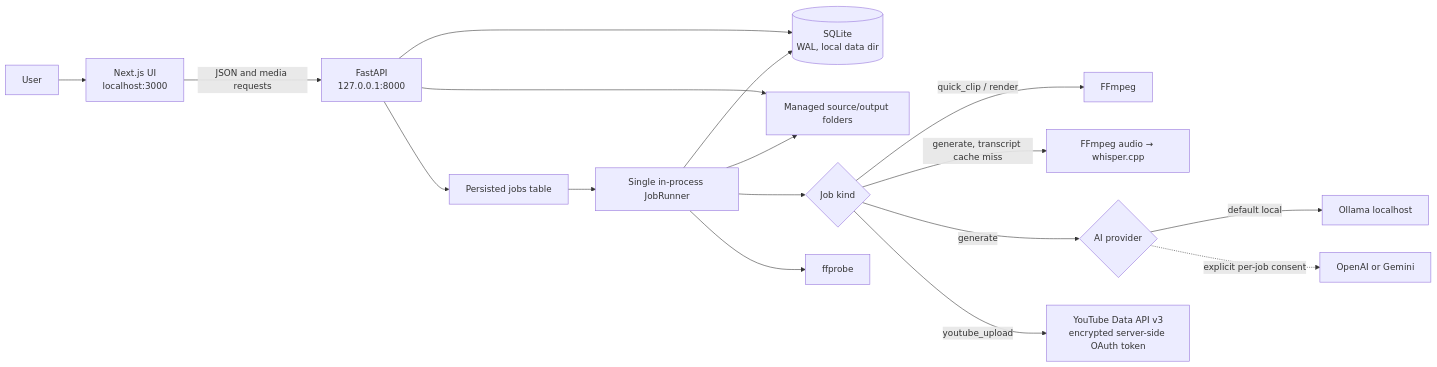
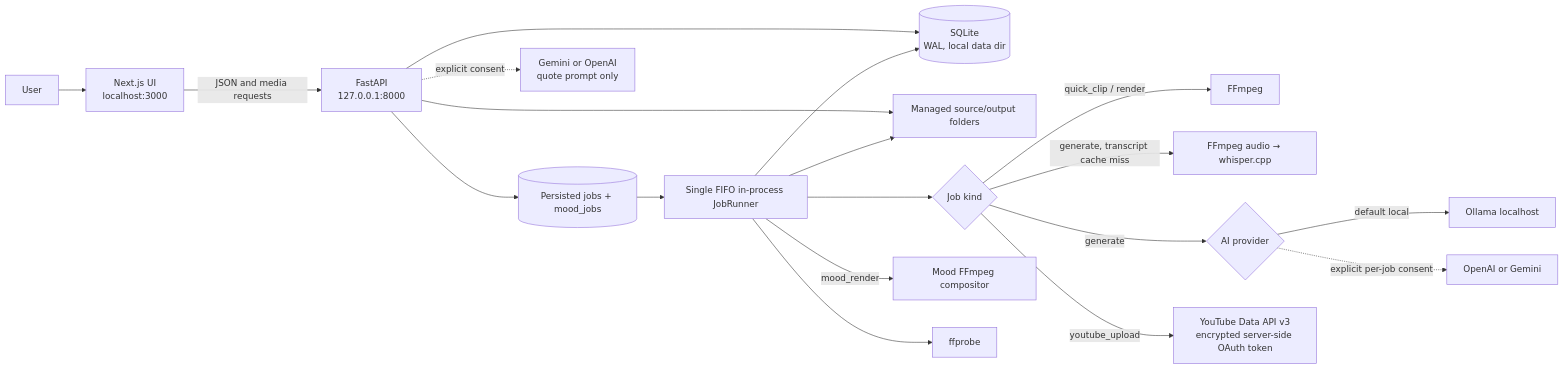
Before and after one commit to dzulfikarq/klipnara: the diagram in docs/architecture.md, drawn with Mermaid. The commit also changed other lines of this file and 28 other files, not shown here.

````diff
--- a/docs/architecture.md
+++ b/docs/architecture.md
@@ -7,19 +7,21 @@
 ```mermaid
 flowchart LR
     U[User] --> UI[Next.js UI<br/>localhost:3000]
     UI -->|JSON and media requests| API[FastAPI<br/>127.0.0.1:8000]
     API --> DB[(SQLite<br/>WAL, local data dir)]
     API --> FS[Managed source/output folders]
-    API --> Q[Persisted jobs table]
-    Q --> W[Single in-process JobRunner]
+    API --> Q[(Persisted jobs + mood_jobs)]
+    Q --> W[Single FIFO in-process JobRunner]
     W --> D{Job kind}
     D -->|quick_clip / render| F[FFmpeg]
     D -->|generate, transcript cache miss| WH[FFmpeg audio → whisper.cpp]
     D -->|generate| AI{AI provider}
     AI -->|default local| OL[Ollama localhost]
     AI -. explicit per-job consent .-> CLOUD[OpenAI or Gemini]
     D -->|youtube_upload| YT[YouTube Data API v3<br/>encrypted server-side OAuth token]
+    API -. explicit consent .-> MQ[Gemini or OpenAI<br/>quote prompt only]
+    W -->|mood_render| MR[Mood FFmpeg compositor]
     W --> FP[ffprobe]
     W --> DB
     W --> FS
 ```
````
